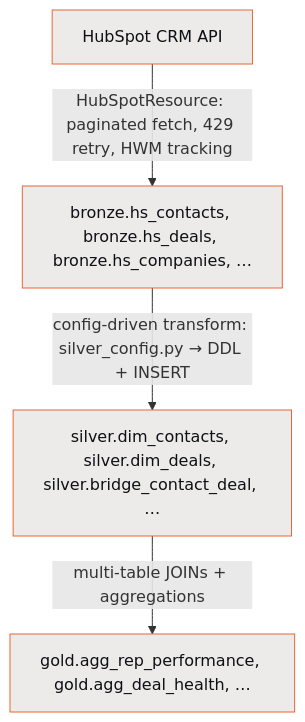
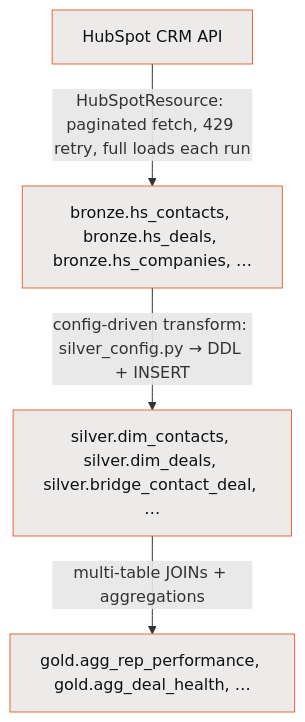
The second of 6 diagrams in docs/architecture.md (borismichel/ClickSpot), drawn with Mermaid before and after one commit. The commit also changed other lines of this file and 2 other files, not shown here.

````diff
--- a/docs/architecture.md
+++ b/docs/architecture.md
@@ -67,13 +67,13 @@
 ```mermaid
 flowchart TD
     A["HubSpot CRM API"]
     B["bronze.hs_contacts, bronze.hs_deals, bronze.hs_companies, …"]
     C["silver.dim_contacts, silver.dim_deals, silver.bridge_contact_deal, …"]
     D["gold.agg_rep_performance, gold.agg_deal_health, …"]
-    A -->|"HubSpotResource: paginated fetch, 429 retry, HWM tracking"| B
+    A -->|"HubSpotResource: paginated fetch, 429 retry, full loads each run"| B
     B -->|"config-driven transform: silver_config.py → DDL + INSERT"| C
     C -->|"multi-table JOINs + aggregations"| D
 
     classDef step fill:#edebe9,stroke:#e76636,color:#0e1015;
     class A,B,C,D step;
 ```
````
